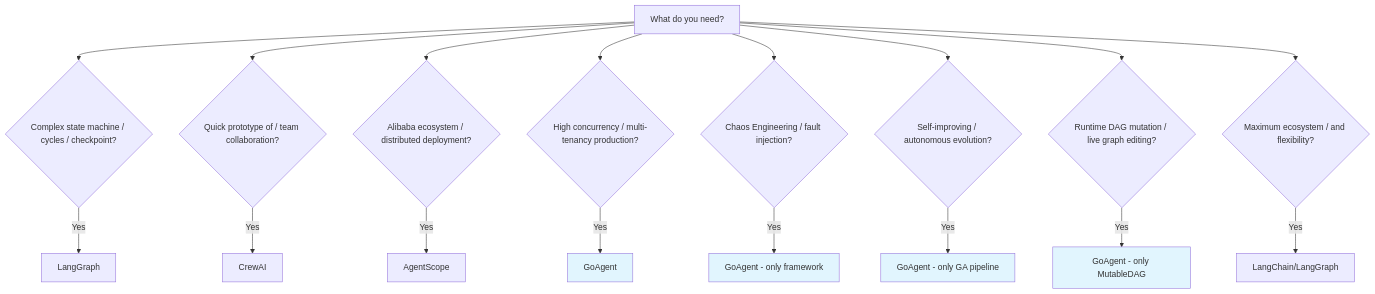
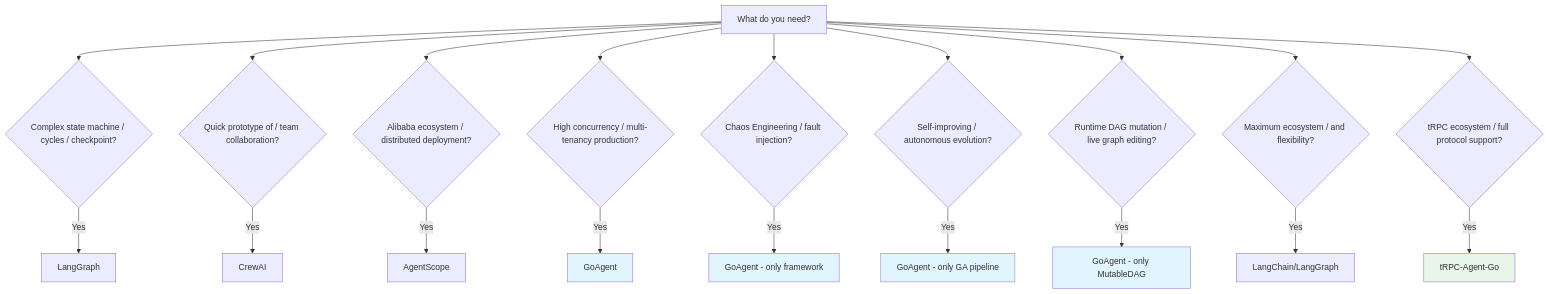
Before and after one commit to Timwood0x10/ARES: diagram 11 of 11 in docs/framework-comparison-langchain-crewai-agentscope-goagent-en.md, drawn with Mermaid. The commit also changed other lines of this file and 3 other files, not shown here.

Commit message:
docs: add tRPC-Agent-Go comparison and update existing docs

````diff
--- a/docs/framework-comparison-langchain-crewai-agentscope-goagent-en.md
+++ b/docs/framework-comparison-langchain-crewai-agentscope-goagent-en.md
@@ -753,31 +828,35 @@
 ```mermaid
 flowchart TD
     Start[What do you need?] --> Q1{Complex state machine / cycles / checkpoint?}
     Q1 -->|Yes| LangGraph[LangGraph]
 
     Start --> Q2{Quick prototype of / team collaboration?}
     Q2 -->|Yes| CrewAI[CrewAI]
 
     Start --> Q3{Alibaba ecosystem / distributed deployment?}
     Q3 -->|Yes| AgentScope[AgentScope]
 
     Start --> Q4{High concurrency / multi-tenancy production?}
     Q4 -->|Yes| GoAgent1[GoAgent]
 
     Start --> Q5{Chaos Engineering / fault injection?}
     Q5 -->|Yes| GoAgent2[GoAgent - only framework]
 
     Start --> Q6{Self-improving / autonomous evolution?}
     Q6 -->|Yes| GoAgent3[GoAgent - only GA pipeline]
 
     Start --> Q7{Runtime DAG mutation / live graph editing?}
     Q7 -->|Yes| GoAgent4[GoAgent - only MutableDAG]
 
     Start --> Q8{Maximum ecosystem / and flexibility?}
     Q8 -->|Yes| LangChain[LangChain/LangGraph]
 
+    Start --> Q9{tRPC ecosystem / full protocol support?}
+    Q9 -->|Yes| TRPC[tRPC-Agent-Go]
+
     style GoAgent1 fill:#e1f5fe
     style GoAgent2 fill:#e1f5fe
     style GoAgent3 fill:#e1f5fe
     style GoAgent4 fill:#e1f5fe
+    style TRPC fill:#e8f5e9
 ```
````
